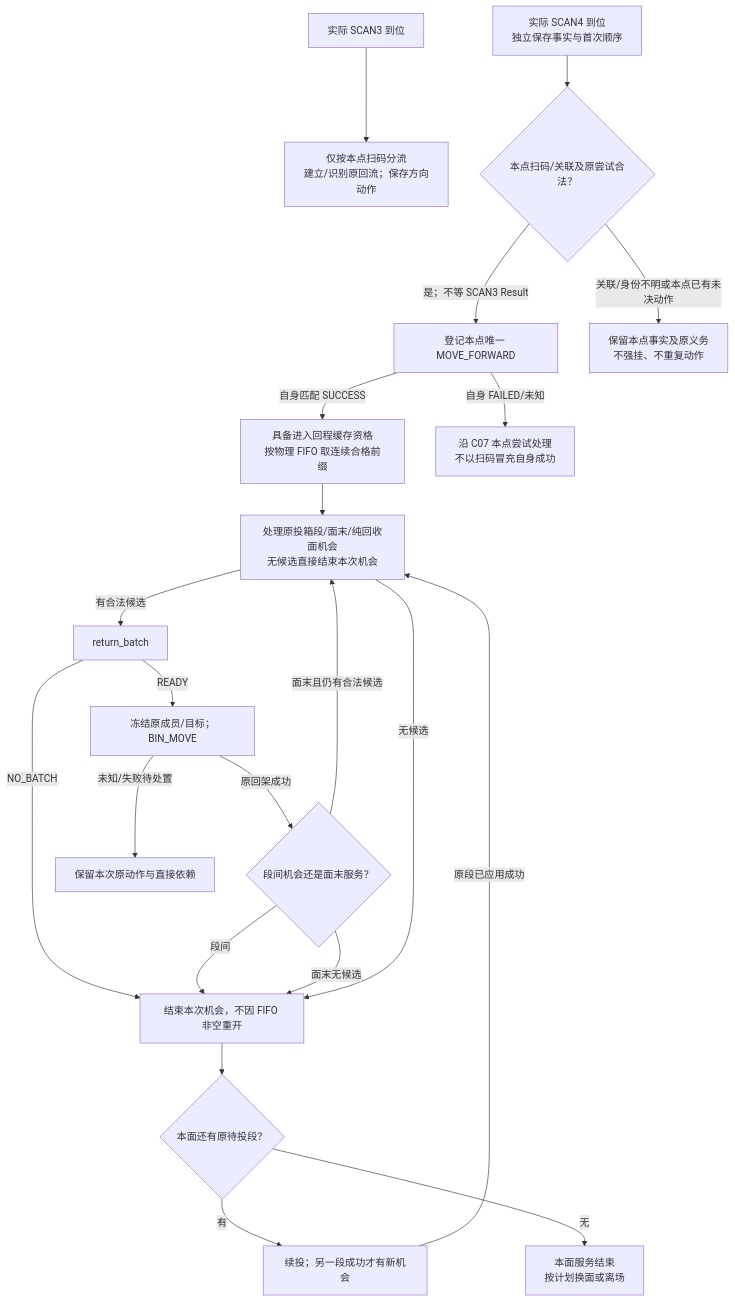
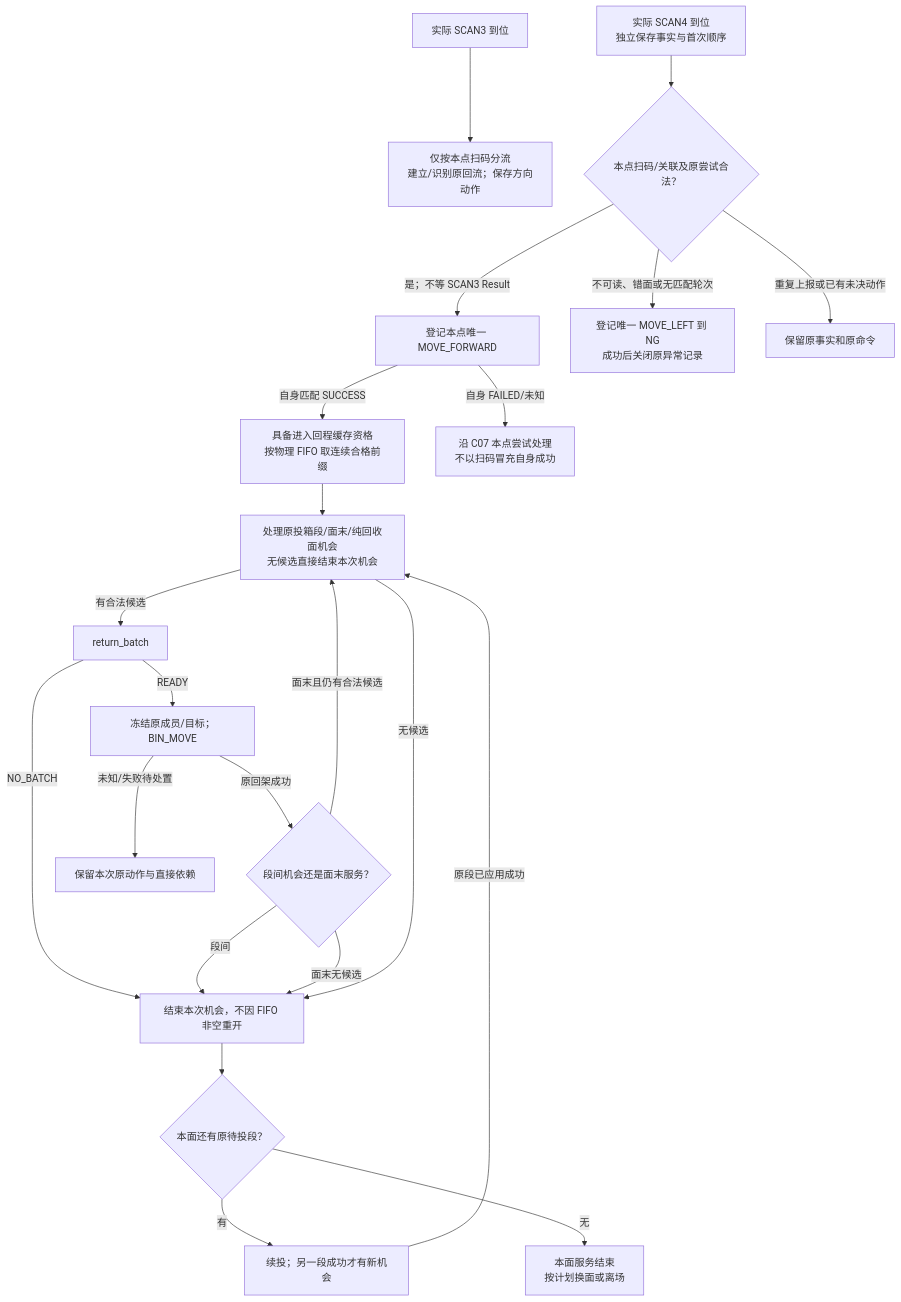
One commit to kaizhoumasha/maintenance-admin changed the diagram in docs/integrations/workline-bin-return-api.md. Above: the diagram before and after it, drawn with Mermaid. The commit also changed other lines of this file and 10 other files, not shown here.

Commit message:
fix: stabilize BIN_Roller scan and return flows

````diff
--- a/docs/integrations/workline-bin-return-api.md
+++ b/docs/integrations/workline-bin-return-api.md
@@ -48,23 +48,24 @@
 ```mermaid
 flowchart TD
     A["实际 SCAN3 到位"] --> B["仅按本点扫码分流<br/>建立/识别原回流；保存方向动作"]
     D["实际 SCAN4 到位<br/>独立保存事实与首次顺序"] --> E{"本点扫码/关联及原尝试合法？"}
     E -->|是；不等 SCAN3 Result| F["登记本点唯一 MOVE_FORWARD"]
-    E -->|关联/身份不明或本点已有未决动作| X["保留本点事实及原义务<br/>不强挂、不重复动作"]
+    E -->|不可读、错面或无匹配轮次| NG["登记唯一 MOVE_LEFT 到 NG<br/>成功后关闭原异常记录"]
+    E -->|重复上报或已有未决动作| X["保留原事实和原命令"]
     F -->|自身匹配 SUCCESS| G["具备进入回程缓存资格<br/>按物理 FIFO 取连续合格前缀"]
     F -->|自身 FAILED/未知| W["沿 C07 本点尝试处理<br/>不以扫码冒充自身成功"]
     G --> H["处理原投箱段/面末/纯回收面机会<br/>无候选直接结束本次机会"]
     H -->|有合法候选| I["return_batch"]
     I -->|READY| J["冻结原成员/目标；BIN_MOVE"]
     I -->|NO_BATCH| K["结束本次机会，不因 FIFO 非空重开"]
     J -->|原回架成功| R{"段间机会还是面末服务？"}
     J -->|未知/失败待处置| U["保留本次原动作与直接依赖"]
     R -->|段间| K
     R -->|面末且仍有合法候选| H
     R -->|面末无候选| K
     H -->|无候选| K
     K --> P{"本面还有原待投段？"}
     P -->|有| Q["续投；另一段成功才有新机会"]
     Q -->|原段已应用成功| H
     P -->|无| L["本面服务结束<br/>按计划换面或离场"]
 ```
````
